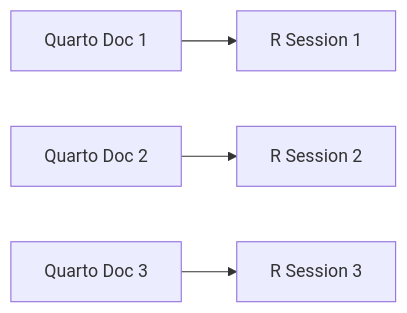
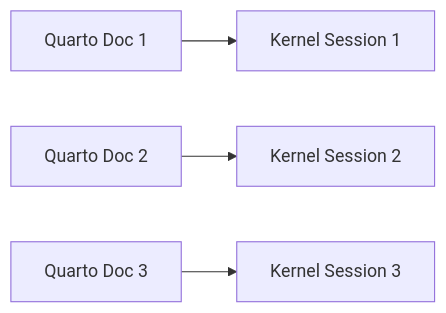
Before and after one commit to posit-dev/positron-website: the second of 2 diagrams in quarto.qmd, drawn with Mermaid. The commit also changed other lines of this file, not shown here.

````diff
--- a/quarto.qmd
+++ b/quarto.qmd
@@ -39,6 +39,6 @@
 ```{mermaid}
 graph LR
-q1[Quarto Doc 1] --> rc1[R Session 1]
-q2[Quarto Doc 2] --> rc2[R Session 2]
-q3[Quarto Doc 3] --> rc3[R Session 3]
+q1[Quarto Doc 1] --> rc1[Kernel Session 1]
+q2[Quarto Doc 2] --> rc2[Kernel Session 2]
+q3[Quarto Doc 3] --> rc3[Kernel Session 3]
 ```
````
